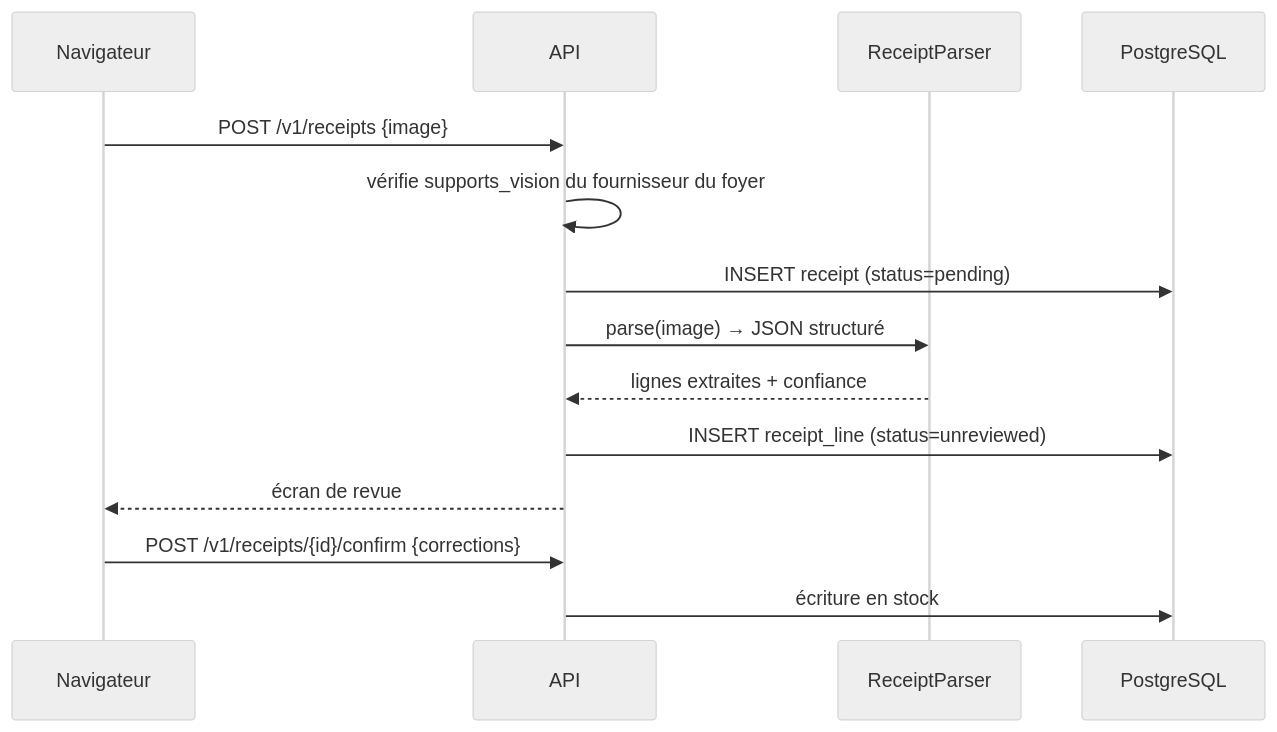
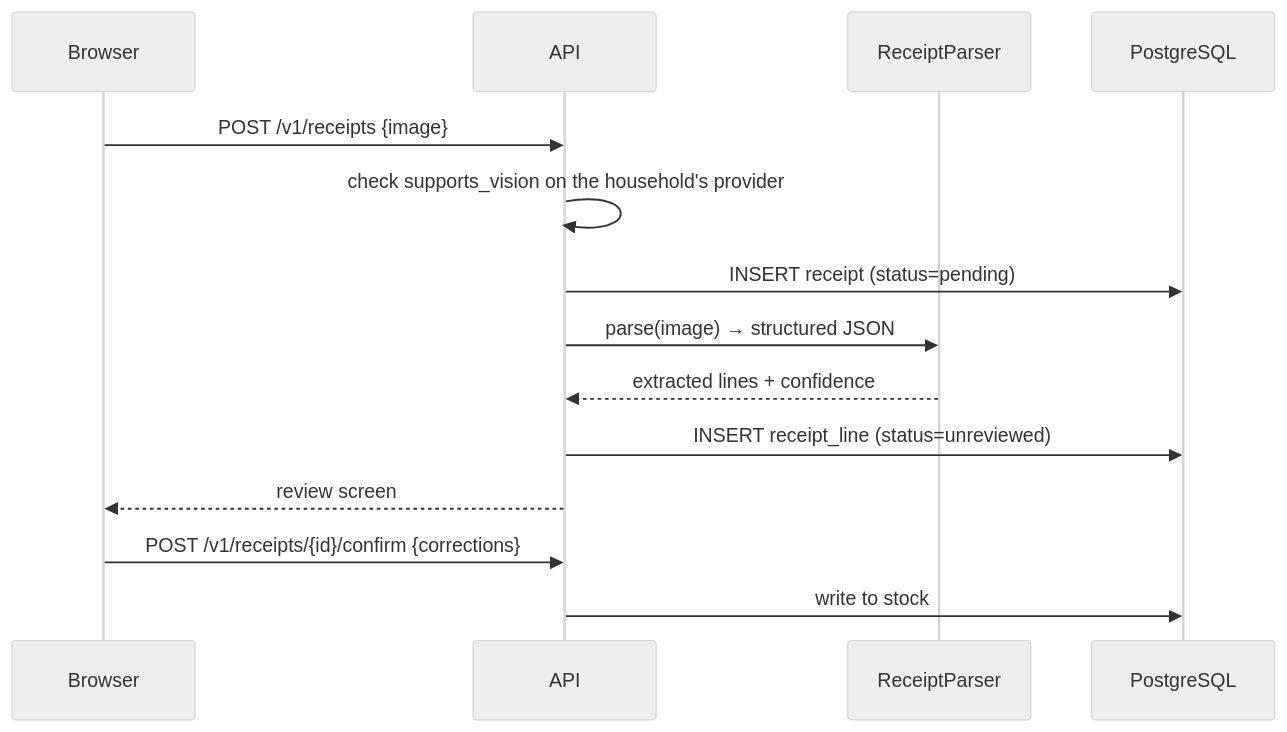
One commit to ClaraVnk/chaudron changed the second of 2 diagrams in docs/architecture.md. Above: the diagram before and after it, drawn with Mermaid (neutral theme). The commit also changed other lines of this file and 43 other files, not shown here.

````diff
--- a/docs/architecture.md
+++ b/docs/architecture.md
@@ -111,17 +119,17 @@
 ```mermaid
 sequenceDiagram
-    participant U as Navigateur
+    participant U as Browser
     participant A as API
     participant P as ReceiptParser
     participant D as PostgreSQL
 
     U->>A: POST /v1/receipts {image}
-    A->>A: vérifie supports_vision du fournisseur du foyer
+    A->>A: check supports_vision on the household's provider
     A->>D: INSERT receipt (status=pending)
-    A->>P: parse(image) → JSON structuré
-    P-->>A: lignes extraites + confiance
+    A->>P: parse(image) → structured JSON
+    P-->>A: extracted lines + confidence
     A->>D: INSERT receipt_line (status=unreviewed)
-    A-->>U: écran de revue
+    A-->>U: review screen
     U->>A: POST /v1/receipts/{id}/confirm {corrections}
-    A->>D: écriture en stock
+    A->>D: write to stock
 ```
````
